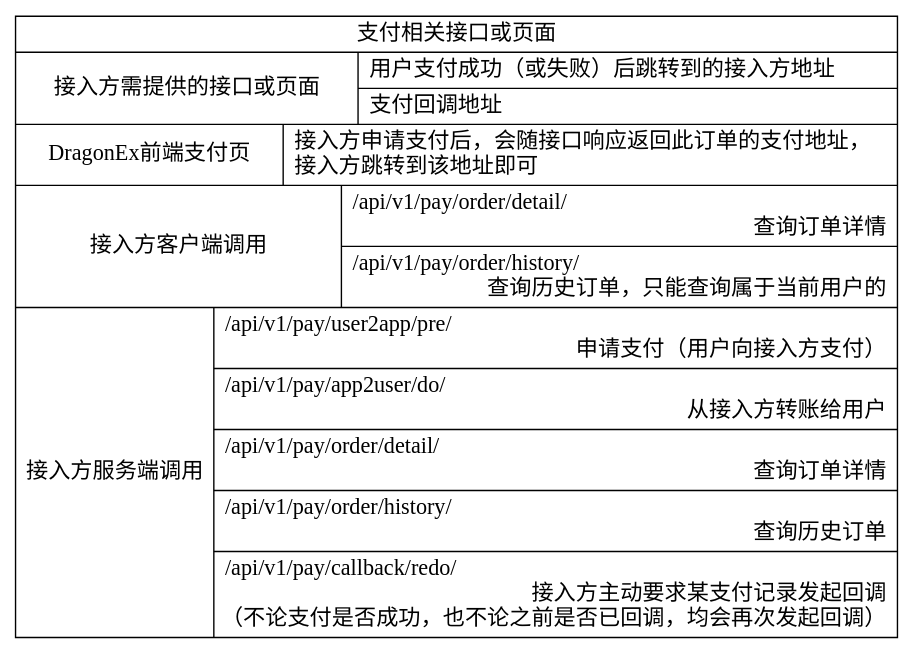
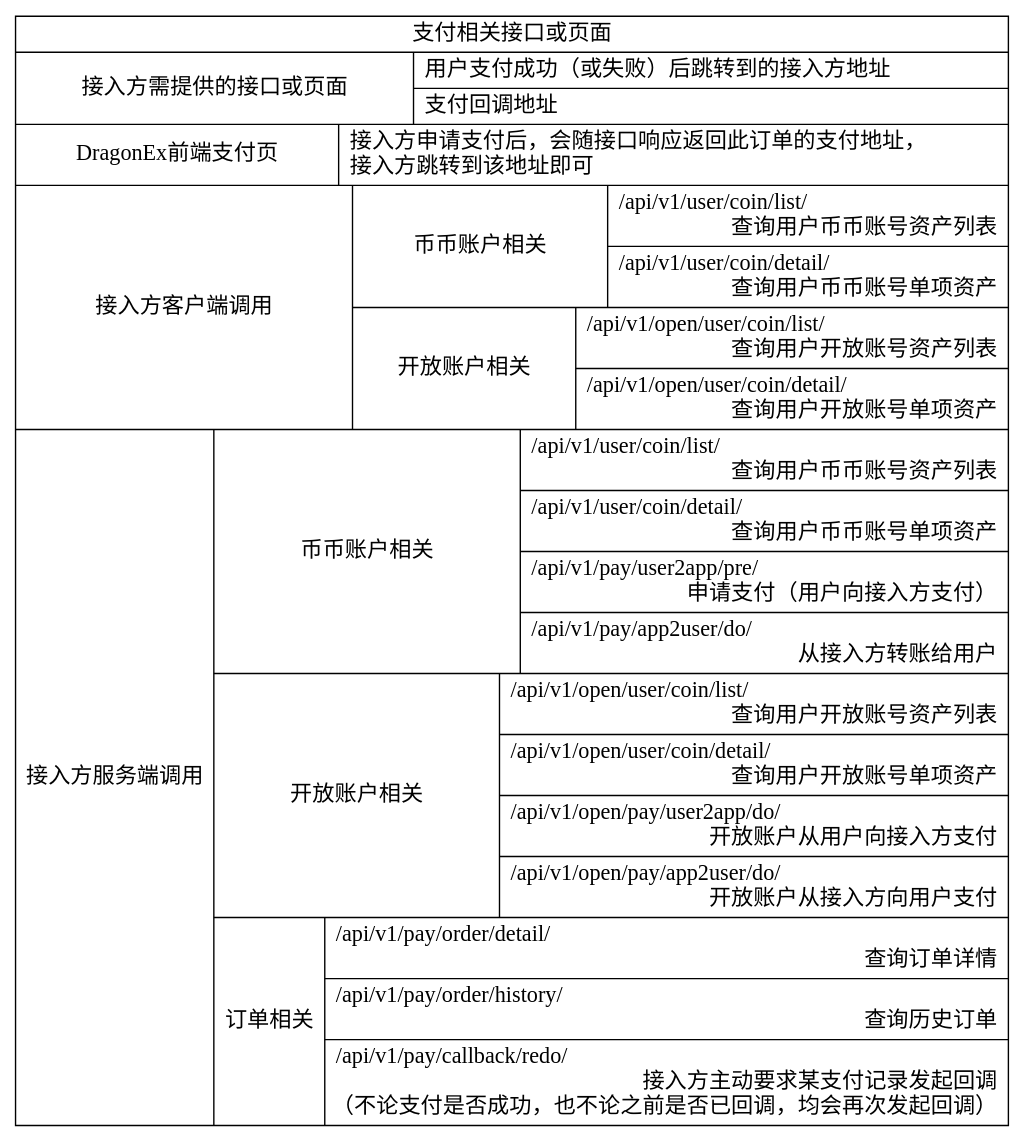
Before and after one commit to Dragonexio/OAuth: the diagram in docs/cn/images/payment_apis.dot, drawn with Graphviz. The commit also changed 1 other file, not shown here.

```diff
--- a/docs/cn/images/payment_apis.dot
+++ b/docs/cn/images/payment_apis.dot
@@ -1,48 +1,80 @@
 digraph g {
 graph [
     rankdir = "LR"
 ];
 
 node [
     fontsize = "16"
     shape=record
 ];
 
 LoginApis [
     label = "支付相关接口或页面
-    | {
+    |
+    {
         接入方需提供的接口或页面 |
         {
             用户支付成功（或失败）后跳转到的接入方地址 \l
             | 支付回调地址 \l
         }
     }
-
-    | {
+    | 
+    {
         DragonEx前端支付页 |
         {
             接入方申请支付后，会随接口响应返回此订单的支付地址，\l接入方跳转到该地址即可 \l
         }
     }
-    
-    | {
+    | 
+    {
         接入方客户端调用 | 
         {
-            /api/v1/pay/order/detail/ \l 查询订单详情 \r
-            | /api/v1/pay/order/history/ \l 查询历史订单，只能查询属于当前用户的 \r
+            { 币币账户相关 |
+                {
+                  /api/v1/user/coin/list/ \l 查询用户币币账号资产列表 \r
+                  | /api/v1/user/coin/detail/ \l 查询用户币币账号单项资产 \r
+                }
+            }
+            |
+            { 开放账户相关 |
+                {
+                  /api/v1/open/user/coin/list/ \l 查询用户开放账号资产列表 \r
+                  | /api/v1/open/user/coin/detail/ \l 查询用户开放账号单项资产 \r
+                }
+            }
         }            
     }
-
-    | {
+    | 
+    {
         接入方服务端调用 | 
         {
-            /api/v1/pay/user2app/pre/ \l 申请支付（用户向接入方支付）\r
-            | /api/v1/pay/app2user/do/ \l 从接入方转账给用户\r
-            | /api/v1/pay/order/detail/ \l 查询订单详情 \r
-            | /api/v1/pay/order/history/ \l 查询历史订单 \r
-            | /api/v1/pay/callback/redo/ \l 接入方主动要求某支付记录发起回调\r（不论支付是否成功，也不论之前是否已回调，均会再次发起回调） \r
+            { 币币账户相关 |
+                {
+                  /api/v1/user/coin/list/ \l 查询用户币币账号资产列表 \r
+                  | /api/v1/user/coin/detail/ \l 查询用户币币账号单项资产 \r
+                  | /api/v1/pay/user2app/pre/ \l 申请支付（用户向接入方支付）\r
+                  | /api/v1/pay/app2user/do/ \l 从接入方转账给用户\r
+                }
+            }
+            |
+            { 开放账户相关 |
+                {
+                  /api/v1/open/user/coin/list/ \l 查询用户开放账号资产列表 \r
+                  | /api/v1/open/user/coin/detail/ \l 查询用户开放账号单项资产 \r
+                  | /api/v1/open/pay/user2app/do/ \l 开放账户从用户向接入方支付 \r
+                  | /api/v1/open/pay/app2user/do/ \l 开放账户从接入方向用户支付 \r
+                }
+            }
+            |
+            { 订单相关 |
+                {
+                    /api/v1/pay/order/detail/ \l 查询订单详情 \r
+                    | /api/v1/pay/order/history/ \l 查询历史订单 \r
+                    | /api/v1/pay/callback/redo/ \l 接入方主动要求某支付记录发起回调\r（不论支付是否成功，也不论之前是否已回调，均会再次发起回调） \r
+                }
+            }   
         }
     }
     "
 ]
 }
```
